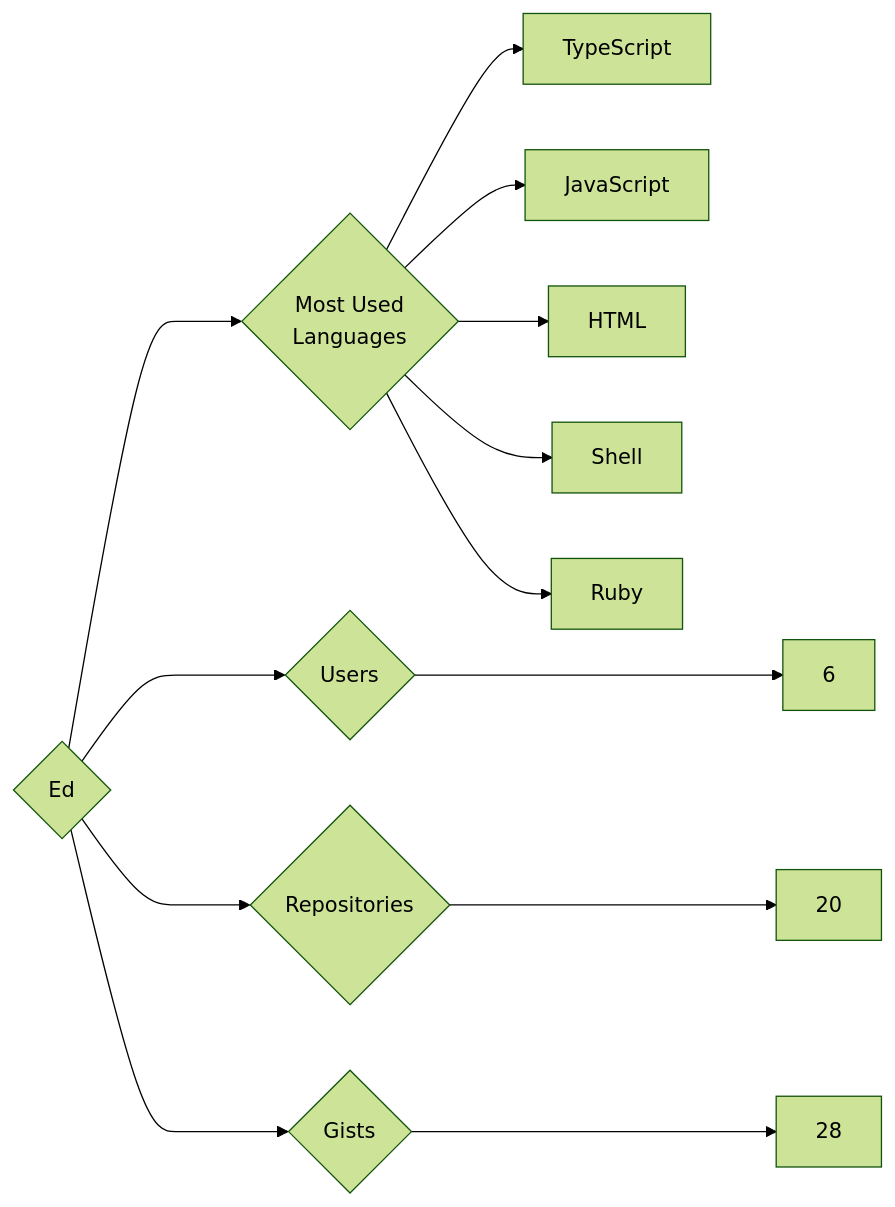
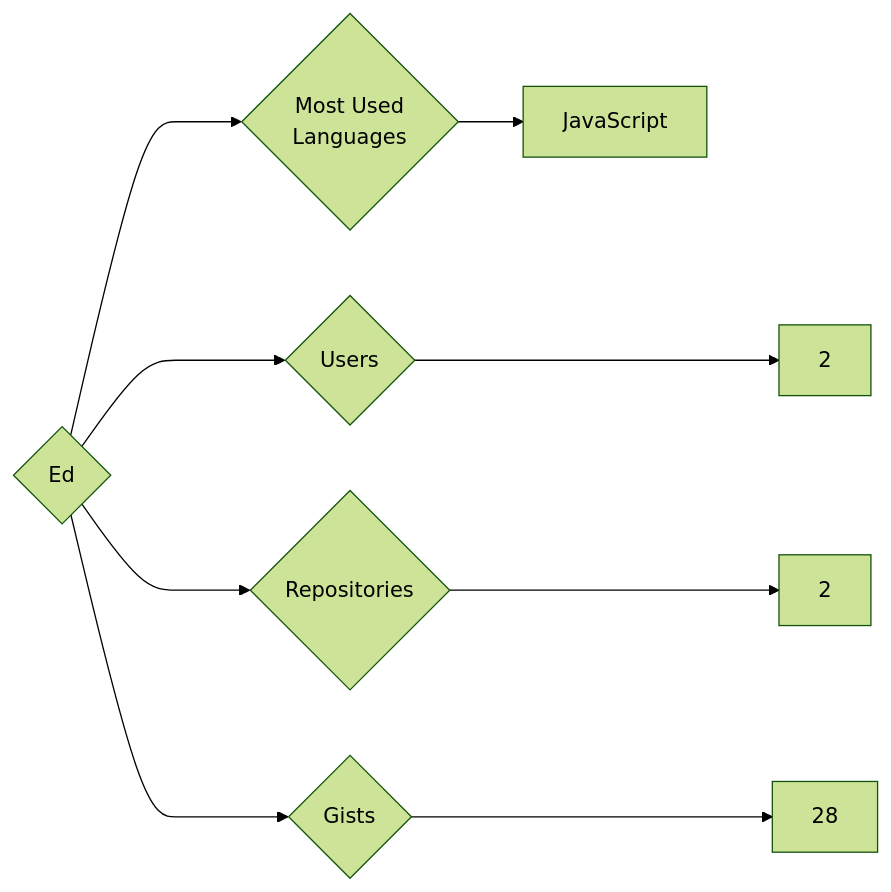
Before and after one commit to trickest/insiders: the diagram in targets/Ed/README.md, drawn with Mermaid (forest theme). The commit also changed 860 other files, not shown here.

````diff
--- a/targets/Ed/README.md
+++ b/targets/Ed/README.md
@@ -3,13 +3,9 @@
 ```mermaid
 graph LR
 COMPANY_NAME{Ed}
-COMPANY_NAME ---> U{Users} ---> UN[6]
-COMPANY_NAME ---> R{Repositories} ---> RN[20]
+COMPANY_NAME ---> U{Users} ---> UN[2]
+COMPANY_NAME ---> R{Repositories} ---> RN[2]
 COMPANY_NAME ---> G{Gists} ---> GN[28]
 COMPANY_NAME ---> ML{Most Used<br>Languages}
-ML --> TypeScript[TypeScript]
 ML --> JavaScript[JavaScript]
-ML --> HTML[HTML]
-ML --> Shell[Shell]
-ML --> Ruby[Ruby]
 ```
````
